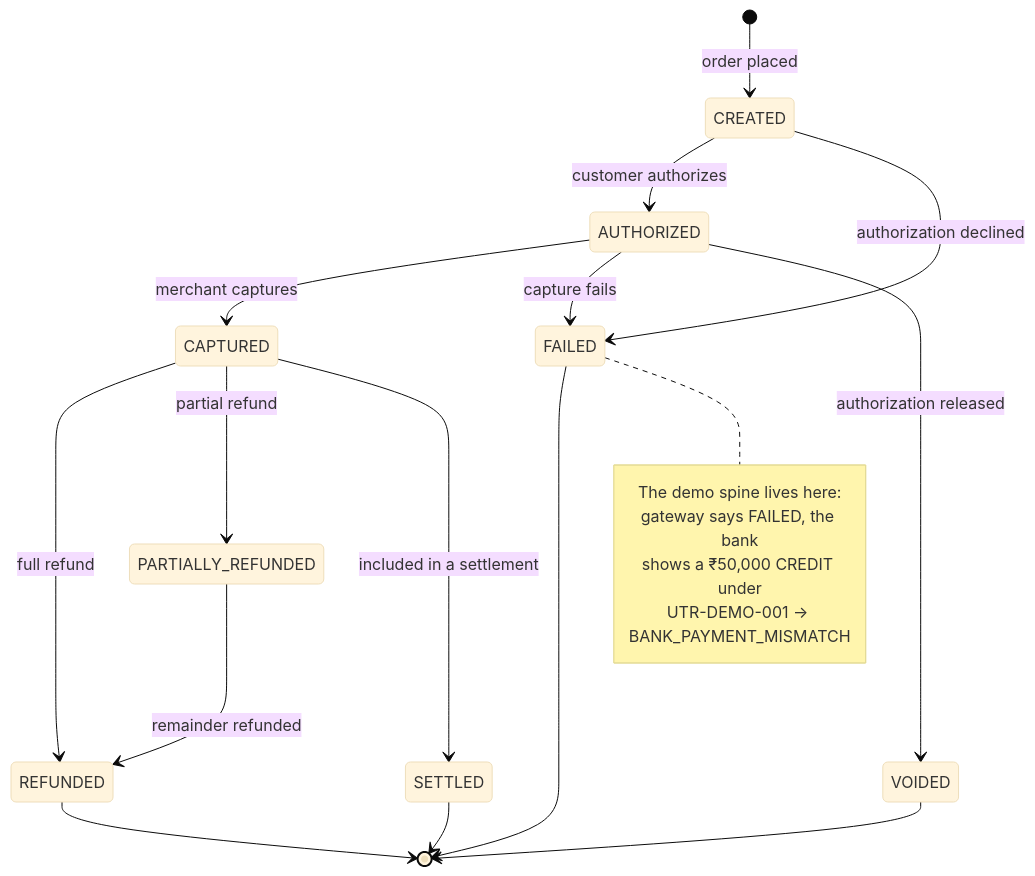
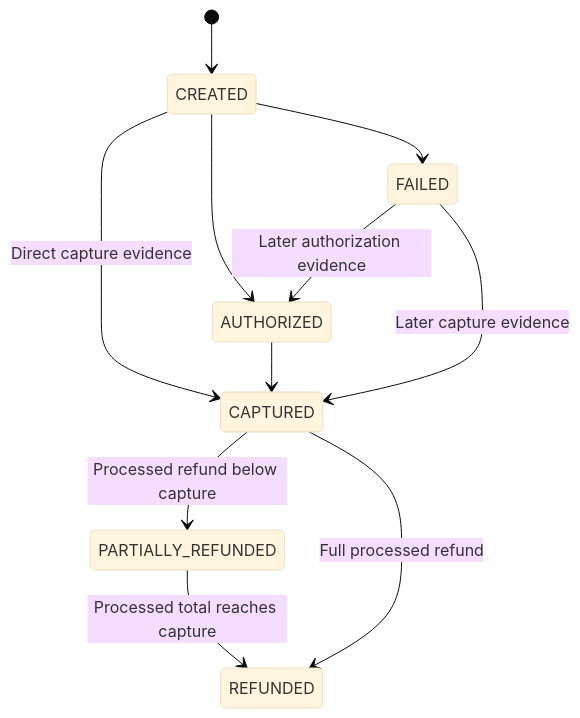
Before and after one commit to sudhanshukumar03/ledgerMind: the sixth of 8 diagrams in docs/architecture/diagrams.md, drawn with Mermaid (base theme). The commit also changed other lines of this file and 157 other files, not shown here.

````diff
--- a/docs/architecture/diagrams.md
+++ b/docs/architecture/diagrams.md
@@ -431,24 +133,13 @@
 ```mermaid
 stateDiagram-v2
-    [*] --> CREATED : order placed
-    CREATED --> AUTHORIZED : customer authorizes
-    CREATED --> FAILED : authorization declined
-    AUTHORIZED --> CAPTURED : merchant captures
-    AUTHORIZED --> FAILED : capture fails
-    AUTHORIZED --> VOIDED : authorization released
-    CAPTURED --> REFUNDED : full refund
-    CAPTURED --> PARTIALLY_REFUNDED : partial refund
-    PARTIALLY_REFUNDED --> REFUNDED : remainder refunded
-    CAPTURED --> SETTLED : included in a settlement
-    REFUNDED --> [*]
-    SETTLED --> [*]
-    VOIDED --> [*]
-    FAILED --> [*]
-
-    note right of FAILED
-        The demo spine lives here:
-        gateway says FAILED, the bank
-        shows a ₹50,000 CREDIT under
-        UTR-DEMO-001 → BANK_PAYMENT_MISMATCH
-    end note
+    [*] --> CREATED
+    CREATED --> AUTHORIZED
+    CREATED --> CAPTURED: Direct capture evidence
+    AUTHORIZED --> CAPTURED
+    CREATED --> FAILED
+    FAILED --> AUTHORIZED: Later authorization evidence
+    FAILED --> CAPTURED: Later capture evidence
+    CAPTURED --> PARTIALLY_REFUNDED: Processed refund below capture
+    PARTIALLY_REFUNDED --> REFUNDED: Processed total reaches capture
+    CAPTURED --> REFUNDED: Full processed refund
 ```
````
